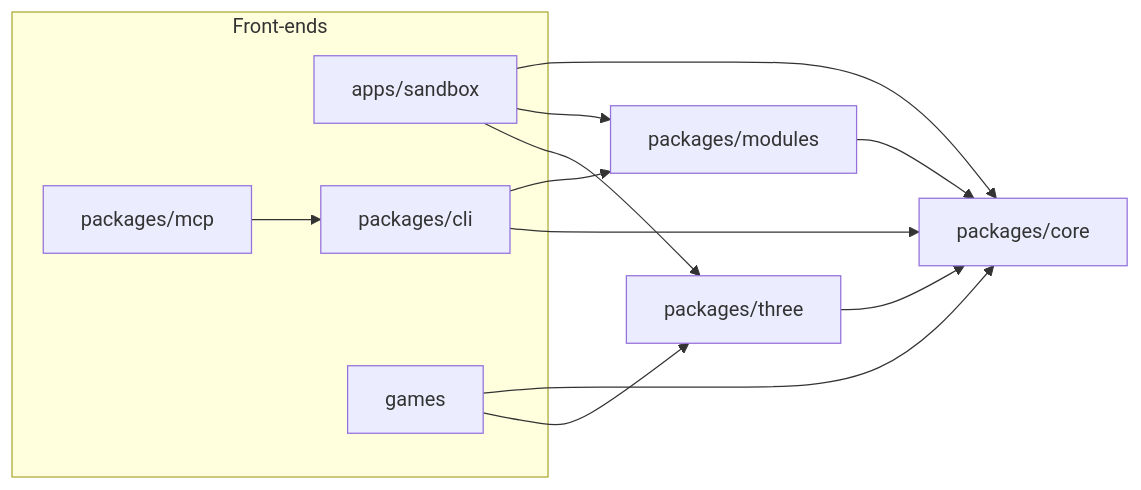
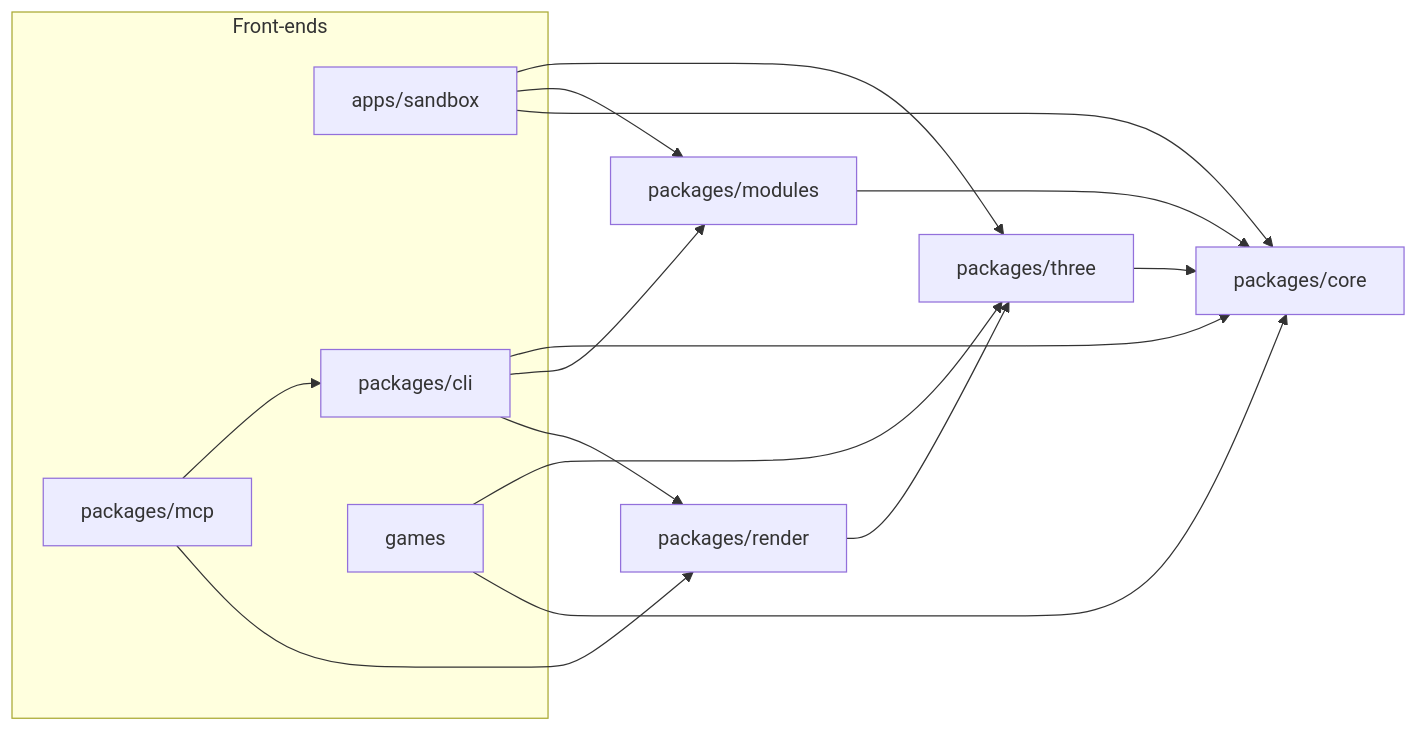
Before and after one commit to michaelcrosato/Spawnforge: the diagram in docs/architecture.md, drawn with Mermaid. The commit also changed other lines of this file and 42 other files, not shown here.

````diff
--- a/docs/architecture.md
+++ b/docs/architecture.md
@@ -9,23 +9,26 @@
 ```mermaid
 flowchart LR
   subgraph frontends[Front-ends]
     sandbox[apps/sandbox]
     mcp[packages/mcp]
     cli[packages/cli]
     games[games]
   end
   modules[packages/modules]
   three[packages/three]
   core[packages/core]
 
   mcp --> cli
   cli --> core
   cli --> modules
+  render[packages/render] --> three
+  cli --> render
+  mcp --> render
   sandbox --> three
   sandbox --> modules
   sandbox --> core
   games --> three
   games --> core
   three --> core
   modules --> core
 ```
````
